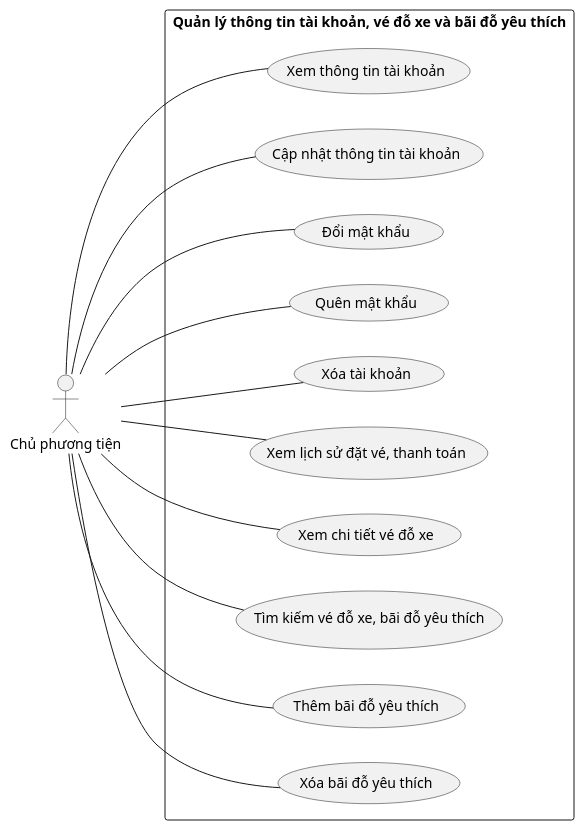
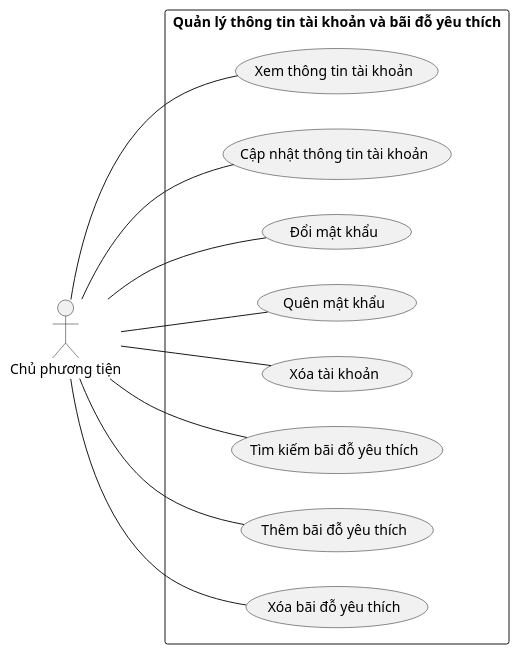
Before and after one commit to hieutbui/graduation-diagram: the diagram in usecase/manage_account_infor.wsd, drawn with PlantUML.

Commit message:
Update use case

```diff
--- a/usecase/manage_account_infor.wsd
+++ b/usecase/manage_account_infor.wsd
@@ -1,22 +1,20 @@
 @startuml manage_account_infor
 
 left to right direction
 skinparam packageStyle rect
 
 actor "Chủ phương tiện" as VehicleOwner
 
-rectangle "Quản lý thông tin tài khoản, vé đỗ xe và bãi đỗ yêu thích" as ManageAccountInfor {
+rectangle "Quản lý thông tin tài khoản và bãi đỗ yêu thích" as ManageAccountInfor {
   'VehicleOwner'
     VehicleOwner -- (Xem thông tin tài khoản)
     VehicleOwner -- (Cập nhật thông tin tài khoản)
     VehicleOwner -- (Đổi mật khẩu)
     VehicleOwner -- (Quên mật khẩu)
     VehicleOwner -- (Xóa tài khoản)
-    VehicleOwner -- (Xem lịch sử đặt vé, thanh toán)
-    VehicleOwner -- (Xem chi tiết vé đỗ xe)
-    VehicleOwner -- (Tìm kiếm vé đỗ xe, bãi đỗ yêu thích)
+    VehicleOwner -- (Tìm kiếm bãi đỗ yêu thích)
     VehicleOwner -- (Thêm bãi đỗ yêu thích)
     VehicleOwner -- (Xóa bãi đỗ yêu thích)
 }
 
 @enduml
```
